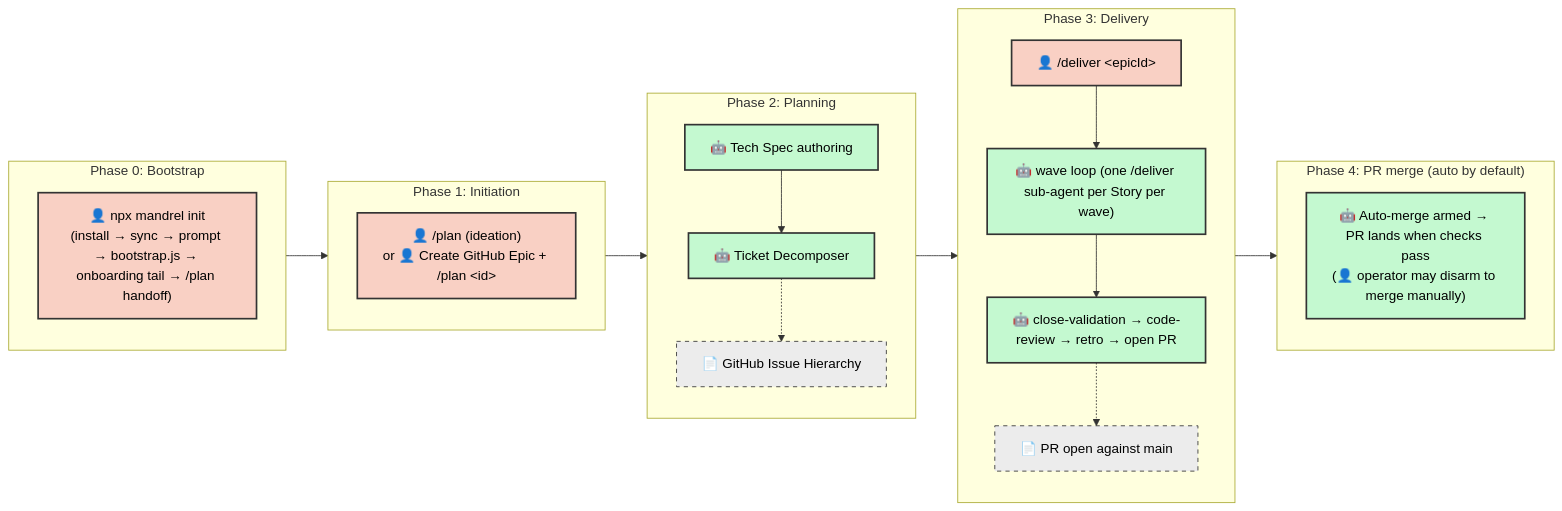
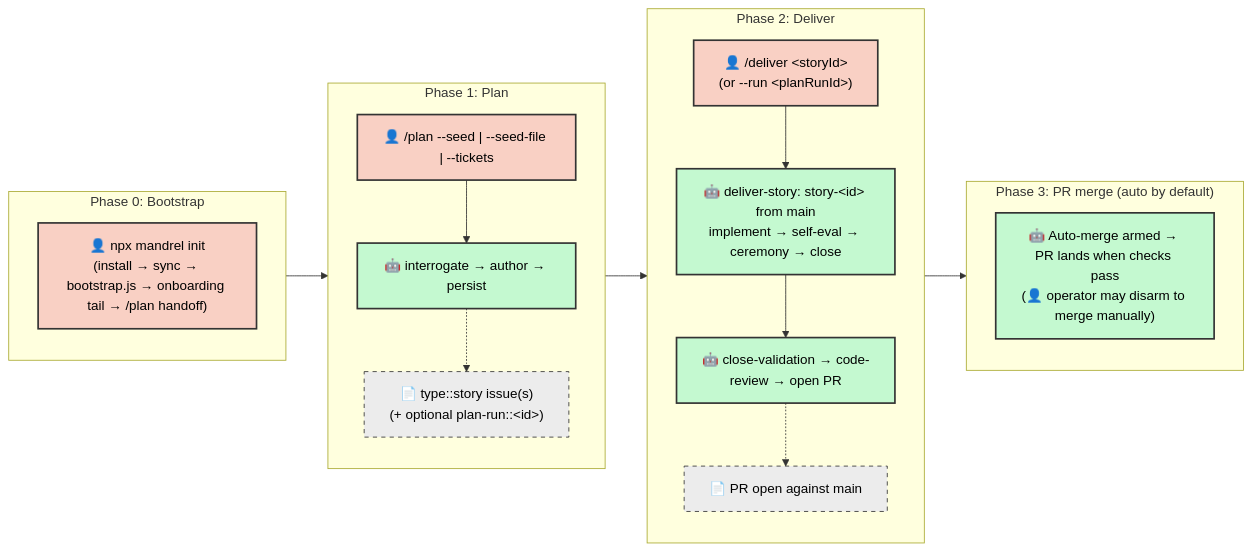
One commit to dsj1984/mandrel changed the diagram in .agents/docs/SDLC.md. Above: the diagram before and after it, drawn with Mermaid. The commit also changed other lines of this file and 827 other files, not shown here.

````diff
--- a/.agents/docs/SDLC.md
+++ b/.agents/docs/SDLC.md
@@ -205,43 +167,37 @@
 ```mermaid
 graph LR
     classDef manual fill:#f9d0c4,stroke:#333,stroke-width:2px,color:#000;
     classDef agentic fill:#c4f9d0,stroke:#333,stroke-width:2px,color:#000;
     classDef artifact fill:#ececec,stroke:#333,stroke-width:1px,stroke-dasharray: 5 5,color:#000;
 
     subgraph Phase0 ["Phase 0: Bootstrap"]
         direction TB
-        Z["👤 npx mandrel init<br/>(install → sync → prompt → bootstrap.js → onboarding tail → /plan handoff)"]:::manual
+        Z["👤 npx mandrel init<br/>(install → sync → bootstrap.js → onboarding tail → /plan handoff)"]:::manual
     end
 
-    subgraph Phase1 ["Phase 1: Initiation"]
+    subgraph Phase1 ["Phase 1: Plan"]
         direction TB
-        A["👤 /plan (ideation)<br/>or 👤 Create GitHub Epic + /plan &lt;id&gt;"]:::manual
+        A["👤 /plan --seed | --seed-file | --tickets"]:::manual
+        B["🤖 interrogate → author → persist"]:::agentic
+        A --> B
+        B -.-> B_Art["📄 type::story issue(s)<br/>(+ optional plan-run::&lt;id&gt;)"]:::artifact
     end
 
-    subgraph Phase2 ["Phase 2: Planning"]
+    subgraph Phase2 ["Phase 2: Deliver"]
         direction TB
-        C["🤖 Tech Spec authoring"]:::agentic
-        D["🤖 Ticket Decomposer"]:::agentic
-        C --> D
-        D -.-> D_Art["📄 GitHub Issue Hierarchy"]:::artifact
-    end
-
-    subgraph Phase3 ["Phase 3: Delivery"]
-        direction TB
-        E["👤 /deliver &lt;epicId&gt;"]:::manual
-        F["🤖 wave loop (one /deliver sub-agent per Story per wave)"]:::agentic
-        G["🤖 close-validation → code-review → retro → open PR"]:::agentic
+        E["👤 /deliver &lt;storyId&gt;<br/>(or --run &lt;planRunId&gt;)"]:::manual
+        F["🤖 deliver-story: story-&lt;id&gt; from main<br/>implement → self-eval → ceremony → close"]:::agentic
+        G["🤖 close-validation → code-review → open PR"]:::agentic
         E --> F --> G
         G -.-> G_Art["📄 PR open against main"]:::artifact
     end
 
-    subgraph Phase4 ["Phase 4: PR merge (auto by default)"]
+    subgraph Phase3 ["Phase 3: PR merge (auto by default)"]
         direction TB
         H["🤖 Auto-merge armed → PR lands when checks pass<br/>(👤 operator may disarm to merge manually)"]:::agentic
     end
 
     Z --> A
-    A --> C
-    D --> E
+    B --> E
     G --> H
 ```
````
